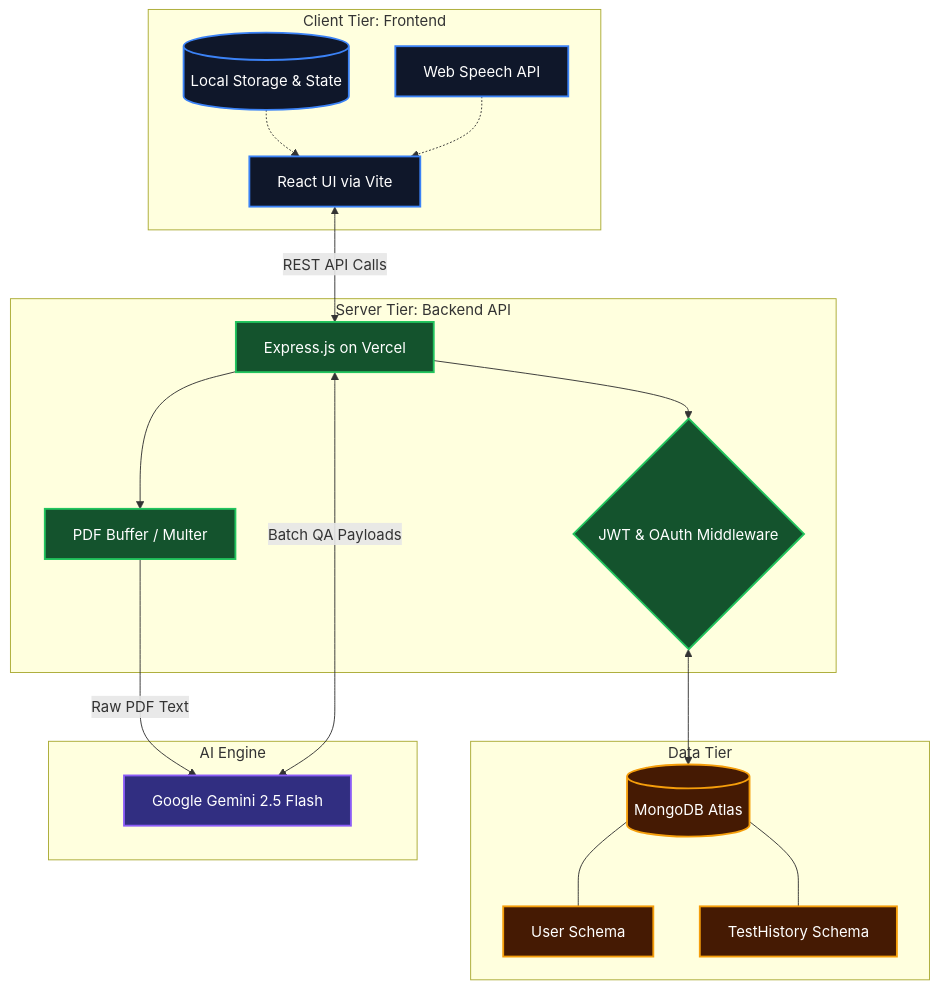
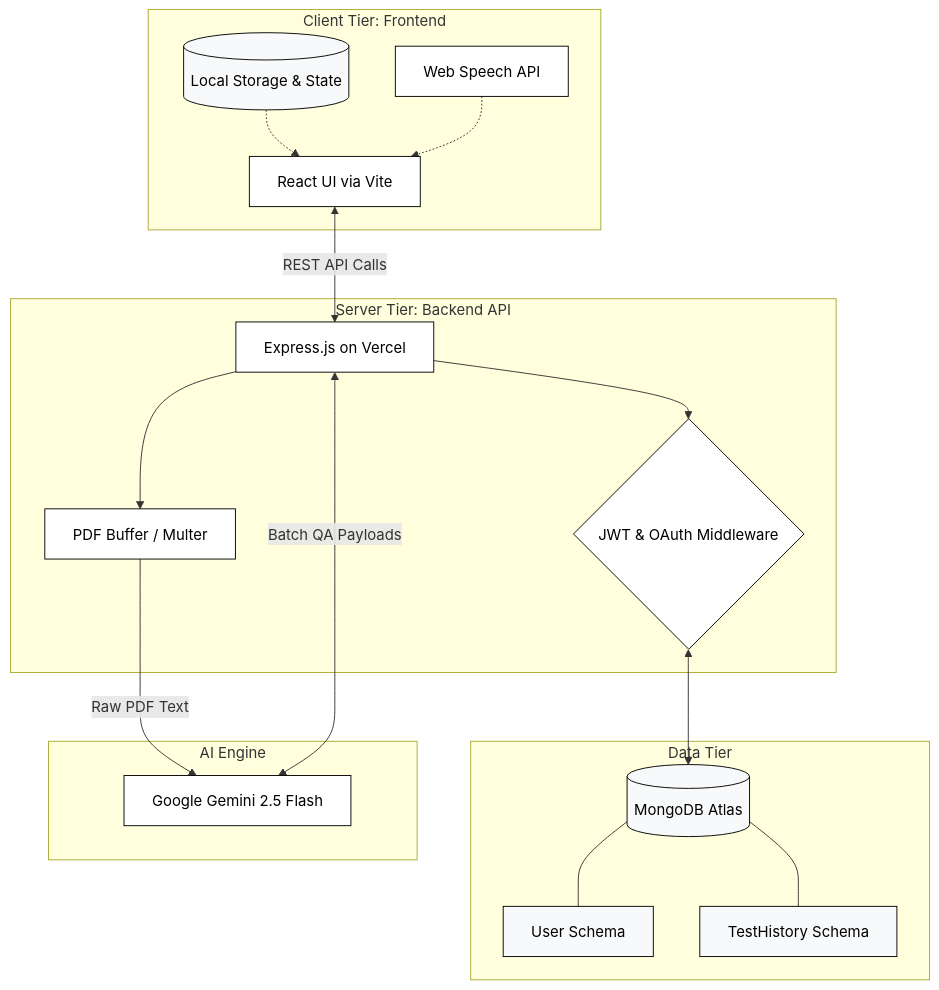
Before and after one commit to arjunkumar-max/InterviewAI: the diagram in diagram.md, drawn with Mermaid.

````diff
--- a/diagram.md
+++ b/diagram.md
@@ -1,49 +1,44 @@
 ```mermaid
 graph TD
     subgraph Client [Client Tier: Frontend]
         UI[React UI via Vite]
         State[(Local Storage & State)]
         Mic[Web Speech API]
     end
 
     subgraph Server [Server Tier: Backend API]
         Node[Express.js on Vercel]
         Auth{JWT & OAuth Middleware}
         Multer[PDF Buffer / Multer]
     end
 
     subgraph Database [Data Tier]
         Mongo[(MongoDB Atlas)]
         UserSchema[User Schema]
         TestSchema[TestHistory Schema]
     end
 
     subgraph External [AI Engine]
         Gemini[Google Gemini 2.5 Flash]
     end
 
     %% Connections
     UI <-->|REST API Calls| Node
     State -.-> UI
     Mic -.-> UI
     
     Node --> Auth
     Node --> Multer
     
     Auth <--> Mongo
     Mongo --- UserSchema
     Mongo --- TestSchema
     
     Multer -->|Raw PDF Text| Gemini
     Node <-->|Batch QA Payloads| Gemini
 
-    classDef client fill:#0f172a,stroke:#3b82f6,stroke-width:2px,color:#fff;
-    classDef server fill:#14532d,stroke:#22c55e,stroke-width:2px,color:#fff;
-    classDef db fill:#451a03,stroke:#f59e0b,stroke-width:2px,color:#fff;
-    classDef ai fill:#312e81,stroke:#8b5cf6,stroke-width:2px,color:#fff;
-    
-    class UI,State,Mic client;
-    class Node,Auth,Multer server;
-    class Mongo,UserSchema,TestSchema db;
-    class Gemini ai;
+    %% Academic Monochrome Styling
+    classDef default fill:#ffffff,stroke:#000000,stroke-width:1px,color:#000000;
+    classDef db fill:#f8f9fa,stroke:#000000,stroke-width:1px,color:#000000;
+    class State,Mongo,UserSchema,TestSchema db;
 ```
````
